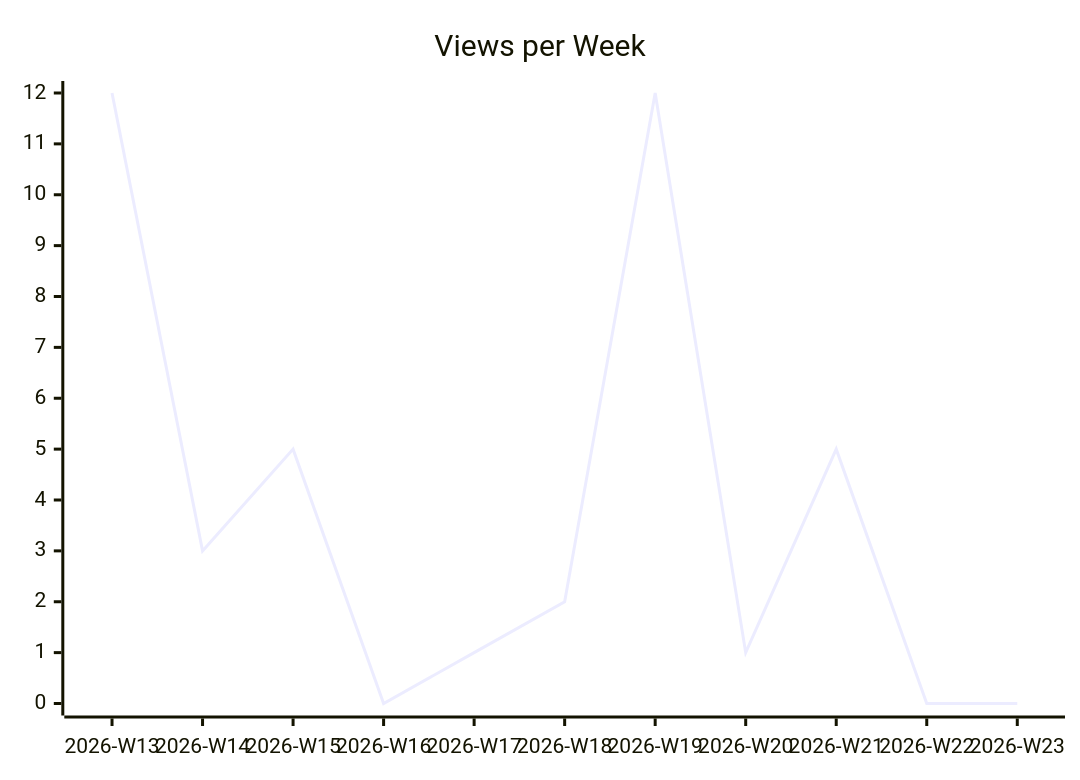
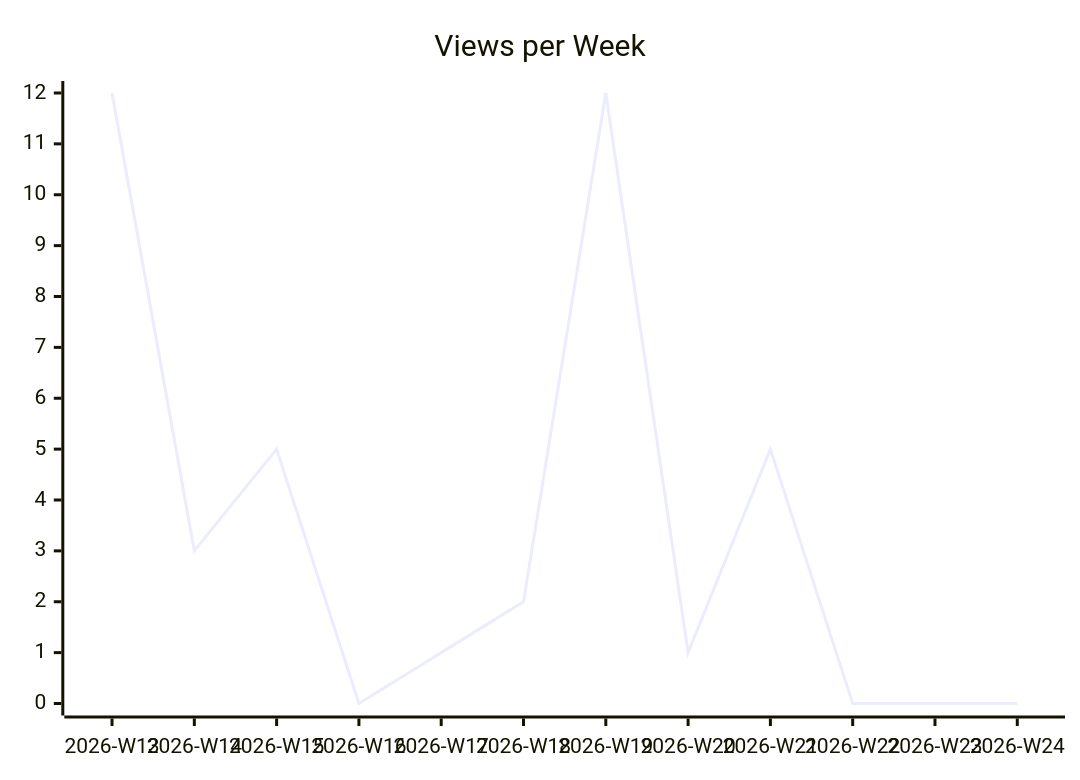
The second of 3 diagrams in karlmdavis/xmlpull/README.md (justdavis-family/github-analytics-data), drawn with Mermaid before and after one commit. The commit also changed other lines of this file and 189 other files, not shown here.

````diff
--- a/karlmdavis/xmlpull/README.md
+++ b/karlmdavis/xmlpull/README.md
@@ -12,6 +12,6 @@
 ```mermaid
 xychart-beta
   title "Views per Week"
-  x-axis ["2026-W13", "2026-W14", "2026-W15", "2026-W16", "2026-W17", "2026-W18", "2026-W19", "2026-W20", "2026-W21", "2026-W22", "2026-W23"]
-  line [12, 3, 5, 0, 1, 2, 12, 1, 5, 0, 0]
+  x-axis ["2026-W13", "2026-W14", "2026-W15", "2026-W16", "2026-W17", "2026-W18", "2026-W19", "2026-W20", "2026-W21", "2026-W22", "2026-W23", "2026-W24"]
+  line [12, 3, 5, 0, 1, 2, 12, 1, 5, 0, 0, 0]
 ```
````
